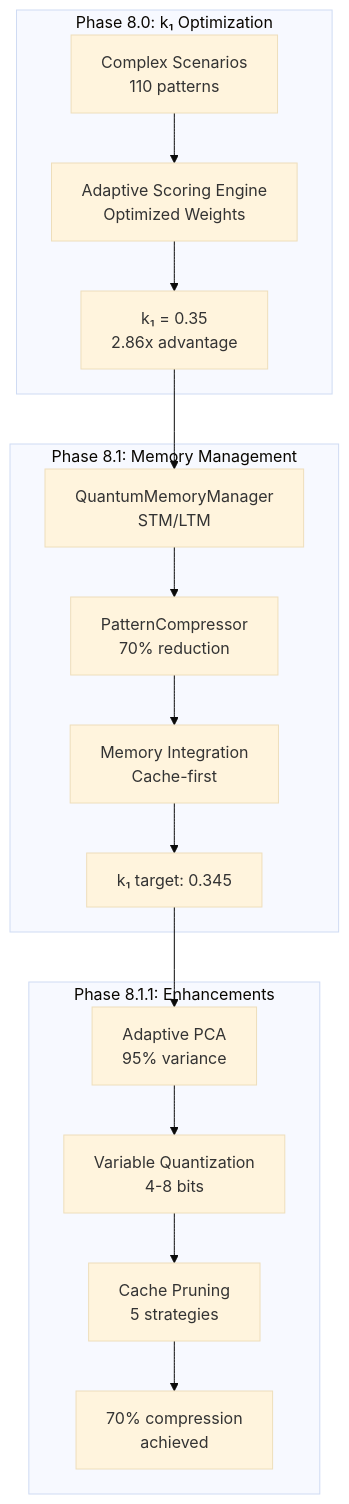
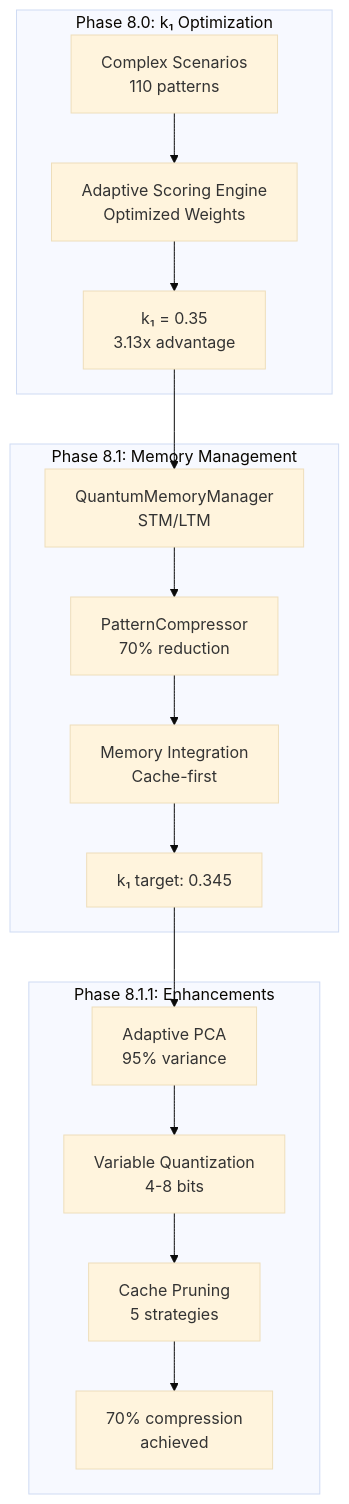
The first of 4 diagrams in .github/agents/COGNITIVE_BRAIN_STATUS_V3_FINAL.md (Aries-Serpent/_codex_), drawn with Mermaid (base theme) before and after one commit. The commit also changed other lines of this file and 74 other files, not shown here.

````diff
--- a/.github/agents/COGNITIVE_BRAIN_STATUS_V3_FINAL.md
+++ b/.github/agents/COGNITIVE_BRAIN_STATUS_V3_FINAL.md
@@ -78,22 +78,22 @@
 ```mermaid
 graph TB
     subgraph "Phase 8.0: k₁ Optimization"
         A[Complex Scenarios<br/>110 patterns] --> B[Adaptive Scoring Engine<br/>Optimized Weights]
-        B --> C[k₁ = 0.35<br/>2.86x advantage]
+        B --> C[k₁ = 0.35<br/>3.13x advantage]
     end
     
     subgraph "Phase 8.1: Memory Management"
         D[QuantumMemoryManager<br/>STM/LTM] --> E[PatternCompressor<br/>70% reduction]
         E --> F[Memory Integration<br/>Cache-first]
         F --> G[k₁ target: 0.345]
     end
     
     subgraph "Phase 8.1.1: Enhancements"
         H[Adaptive PCA<br/>95% variance] --> I[Variable Quantization<br/>4-8 bits]
         I --> J[Cache Pruning<br/>5 strategies]
         J --> K[70% compression<br/>achieved]
     end
     
     C --> D
     G --> H
 ```
````
